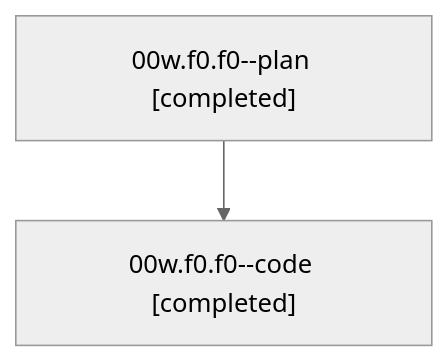
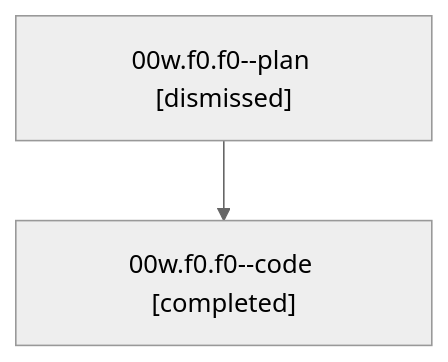
The diagram in families/bbugyi200.athena.00w.f0.f0.md (bobs-org/bob-cli--agents), drawn with Mermaid (neutral theme) before and after one commit. The commit also changed other lines of this file and 265 other files, not shown here.

````diff
--- a/families/bbugyi200.athena.00w.f0.f0.md
+++ b/families/bbugyi200.athena.00w.f0.f0.md
@@ -9,6 +9,6 @@
 ```mermaid
 flowchart TD
-  n0["00w.f0.f0--plan [completed]"]
+  n0["00w.f0.f0--plan [dismissed]"]
   n1["00w.f0.f0--code [completed]"]
   n0 --> n1
 ```
````
